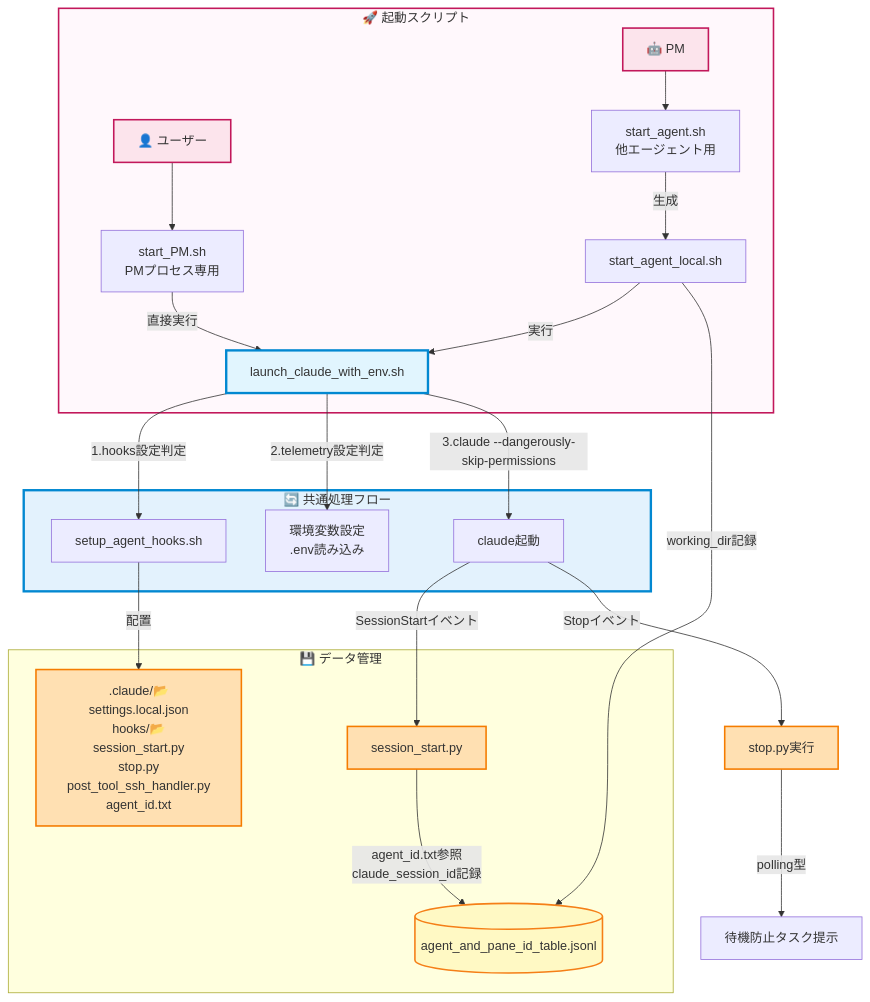
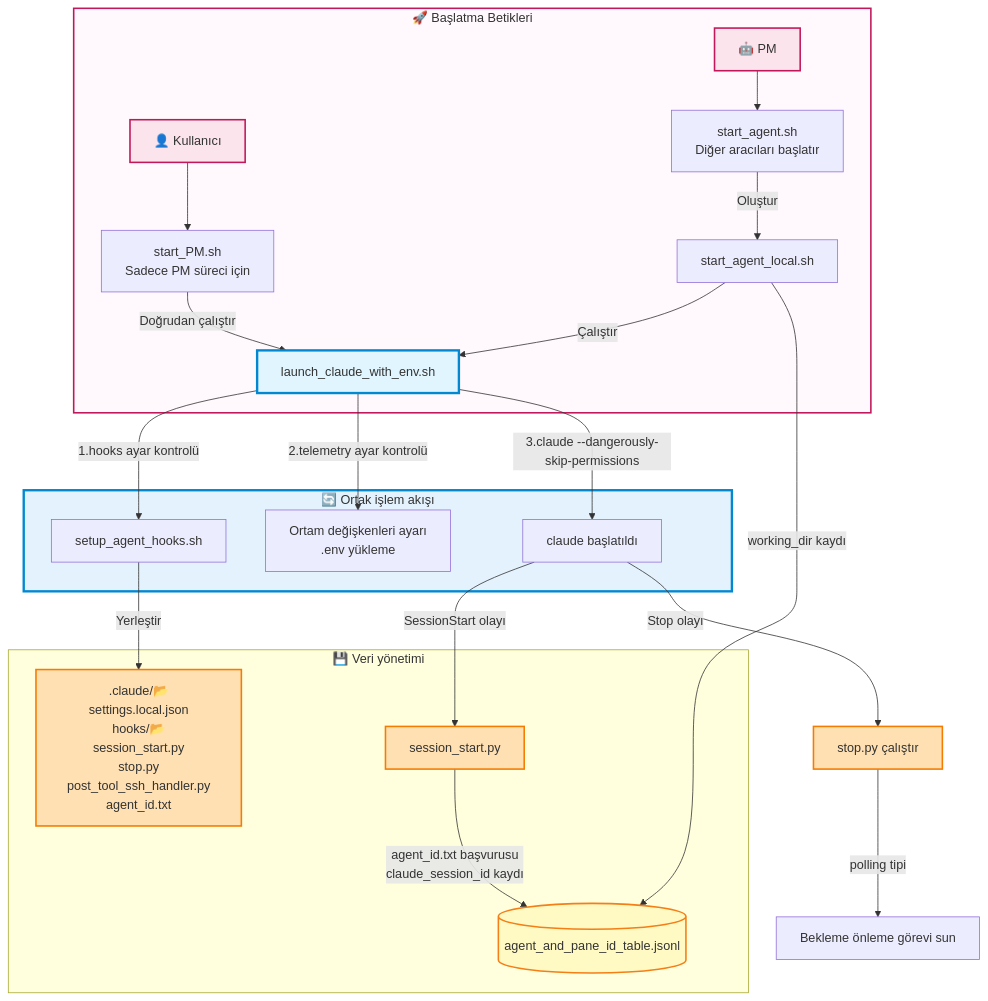
The second of 3 diagrams in README.md (erkinalp/VibeCodeHPC-tr), drawn with Mermaid before and after one commit. The commit also changed other lines of this file, not shown here.

Commit message:
docs(tr): README workflow + mermaid labels + quickstart headings localized

````diff
--- a/README.md
+++ b/README.md
@@ -100,53 +100,53 @@
 ```mermaid
 flowchart TB
-      %% 起動スクリプトの包含関係
-      subgraph StartScripts["🚀 起動スクリプト"]
-      User[👤 ユーザー] 
+      %% Başlatma betiklerinin kapsama ilişkisi
+      subgraph StartScripts["🚀 Başlatma Betikleri"]
+      User[👤 Kullanıcı] 
       PM[🤖 PM]
-      User -->StartPM[start_PM.sh<br/>PMプロセス専用]
-      PM -->StartAgent[start_agent.sh<br/>他エージェント用]
+      User -->StartPM[start_PM.sh<br/>Sadece PM süreci için]
+      PM -->StartAgent[start_agent.sh<br/>Diğer aracıları başlatır]
 
-          StartPM -->|直接実行| LaunchClaude
-          StartAgent -->|生成| LocalScript[start_agent_local.sh]
-          LocalScript -->|実行| LaunchClaude
+          StartPM -->|Doğrudan çalıştır| LaunchClaude
+          StartAgent -->|Oluştur| LocalScript[start_agent_local.sh]
+          LocalScript -->|Çalıştır| LaunchClaude
       end
 
       %% 共通処理の流れ
-      subgraph CommonFlow["🔄 共通処理フロー"]
+      subgraph CommonFlow["🔄 Ortak işlem akışı"]
           LaunchClaude[launch_claude_with_env.sh]
-          LaunchClaude -->|1.hooks設定判定| SetupHooks[setup_agent_hooks.sh]
-          LaunchClaude -->|2.telemetry設定判定| EnvSetup[環境変数設定<br/>.env読み込み]
+          LaunchClaude -->|1.hooks ayar kontrolü| SetupHooks[setup_agent_hooks.sh]
+          LaunchClaude -->|2.telemetry ayar kontrolü| EnvSetup[Ortam değişkenleri ayarı<br/>.env yükleme]
           LaunchClaude -->|3.claude --dangerously-skip-permissions| Claude[claude --dangerously-skip-permissions]
       end
 
       %% データフロー
-      subgraph DataFlow["💾 データ管理"]
-          SetupHooks -->|配置| HooksDir[.claude/📂settings.local.json<br/>hooks/📂<br/>session_start.py<br/>stop.py<br/>post_tool_ssh_handler.py<br/>agent_id.txt ]
+      subgraph DataFlow["💾 Veri yönetimi"]
+          SetupHooks -->|Yerleştir| HooksDir[.claude/📂settings.local.json<br/>hooks/📂<br/>session_start.py<br/>stop.py<br/>post_tool_ssh_handler.py<br/>agent_id.txt ]
 
-          LocalScript -->|working_dir記録| JSONL
-          Claude -->|SessionStartイベント| SessionHook[session_start.py]
-          SessionHook -->|agent_id.txt参照<br/>claude_session_id記録| JSONL
+          LocalScript -->|working_dir kaydı| JSONL
+          Claude -->|SessionStart olayı| SessionHook[session_start.py]
+          SessionHook -->|agent_id.txt başvurusu<br/>claude_session_id kaydı| JSONL
 
           JSONL[(agent_and_pane_id_table.jsonl)]
       end
 
-      %% Stop hookの動作フロー
-      Claude[claude起動] -->|Stopイベント| StopHook[stop.py実行]
-      StopHook -->|polling型| PreventWait[待機防止タスク提示]
+      %% Stop hook’un işlem akışı
+      Claude[claude başlatıldı] -->|Stop olayı| StopHook[stop.py çalıştır]
+      StopHook -->|polling tipi| PreventWait[Bekleme önleme görevi sun]
 
       %% スタイリング
       style StartScripts fill:#fff8fc,stroke:#c2185b,stroke-width:2px
 
       style CommonFlow fill:#e3f2fd,stroke:#0288d1,stroke-width:3px
 
       style User fill:#fce4ec,stroke:#c2185b,stroke-width:2px
       style PM fill:#fce4ec,stroke:#c2185b,stroke-width:2px
       style LaunchClaude fill:#e1f5fe,stroke:#0288d1,stroke-width:3px
 
       style JSONL fill:#fff9c4,stroke:#f57f17,stroke-width:2px
       style JSONL fill:#fff9c4,stroke:#f57f17,stroke-width:2px
 
       style HooksDir fill:#ffe0b2,stroke:#f57c00,stroke-width:2px
       style StopHook fill:#ffe0b2,stroke:#f57c00,stroke-width:2px
       style SessionHook fill:#ffe0b2,stroke:#f57c00,stroke-width:2px
 ```
````
